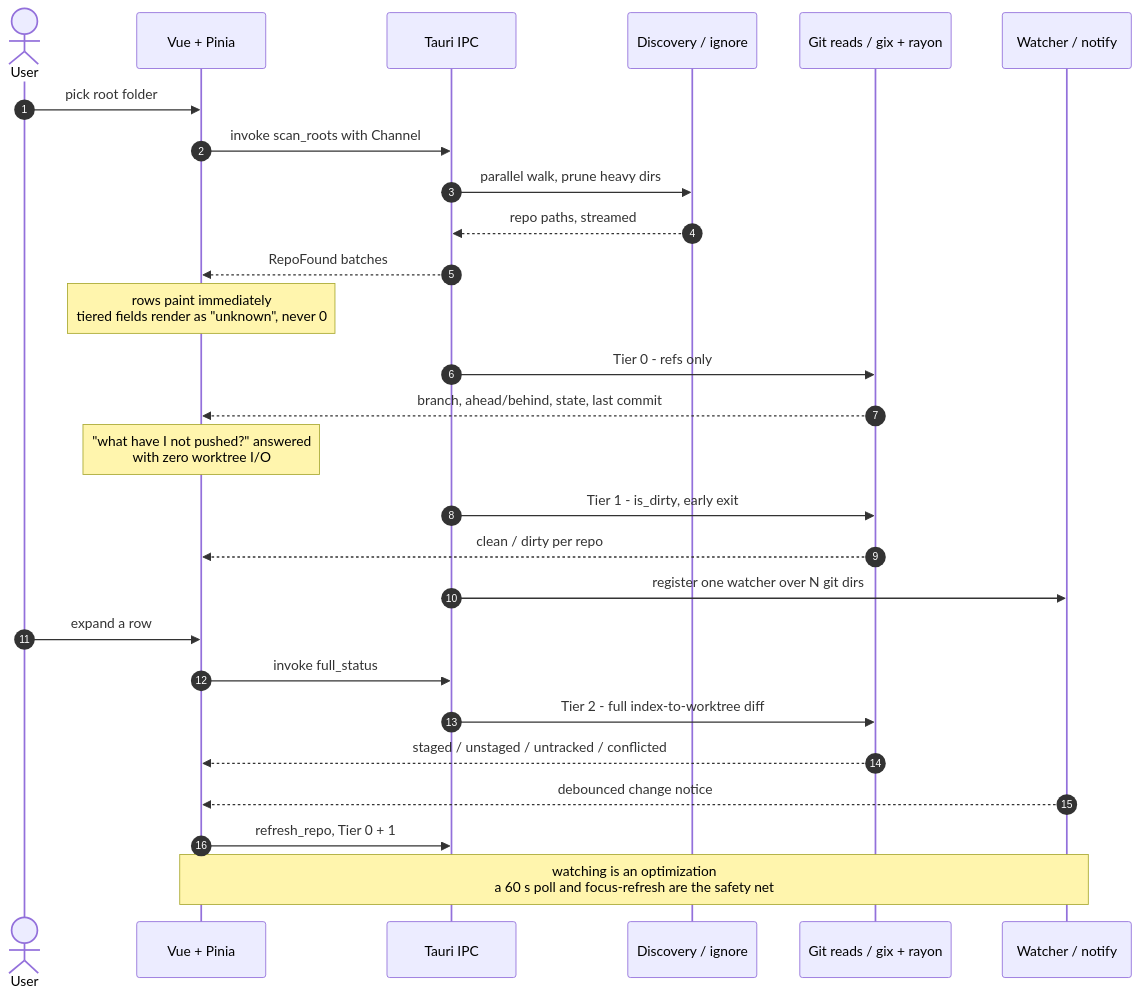
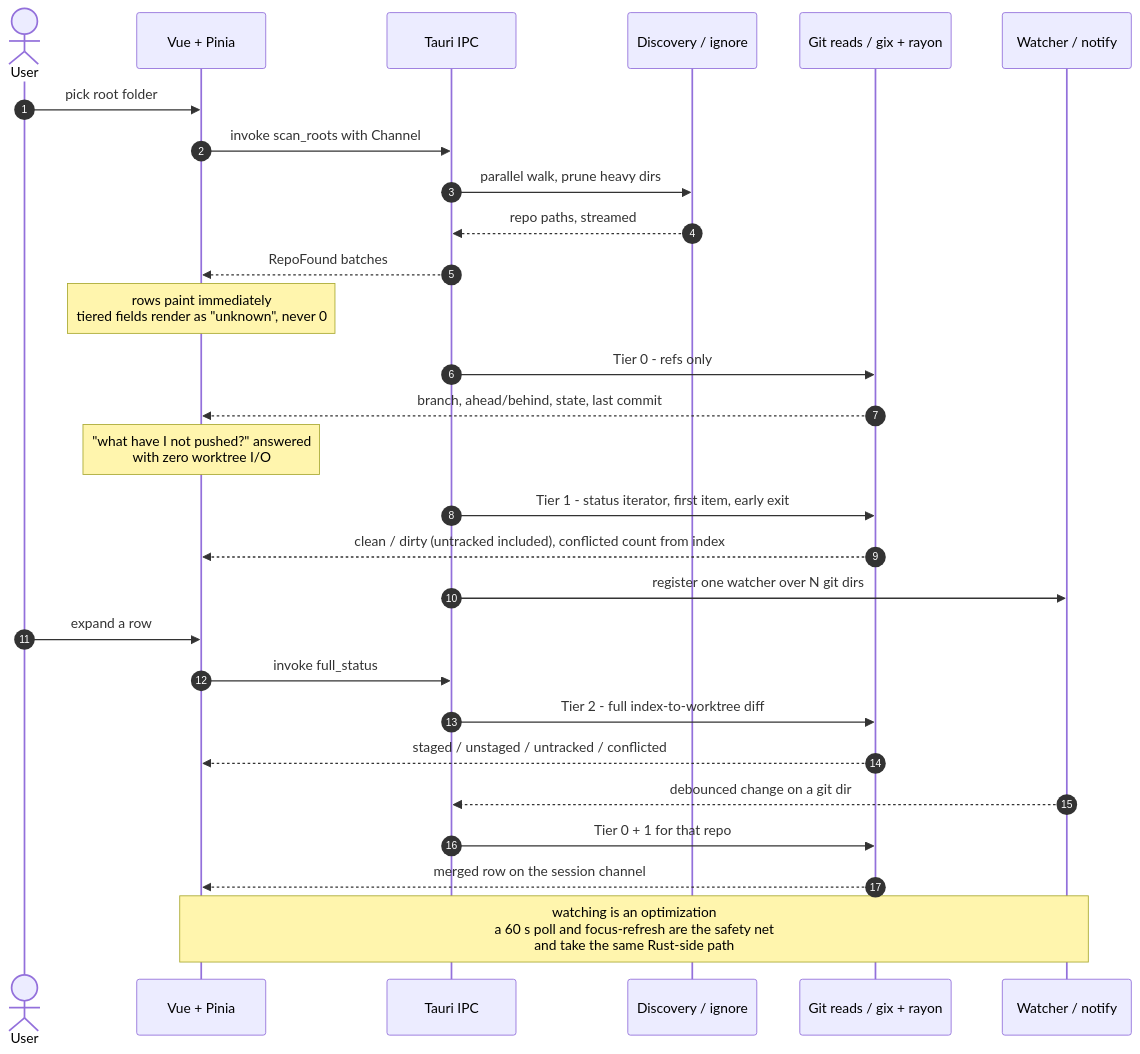
The diagram in AGENTS.md (b-meyer/repo-viewer), drawn with Mermaid before and after one commit. The commit also changed other lines of this file and 3 other files, not shown here.

````diff
--- a/AGENTS.md
+++ b/AGENTS.md
@@ -60,35 +73,36 @@
 ```mermaid
 sequenceDiagram
     autonumber
     actor U as User
     participant V as Vue + Pinia
     participant T as Tauri IPC
     participant D as Discovery / ignore
     participant G as Git reads / gix + rayon
     participant W as Watcher / notify
 
     U->>V: pick root folder
     V->>T: invoke scan_roots with Channel
     T->>D: parallel walk, prune heavy dirs
     D-->>T: repo paths, streamed
     T-->>V: RepoFound batches
     Note over V: rows paint immediately<br/>tiered fields render as "unknown", never 0
 
     T->>G: Tier 0 - refs only
     G-->>V: branch, ahead/behind, state, last commit
     Note over V: "what have I not pushed?" answered<br/>with zero worktree I/O
 
-    T->>G: Tier 1 - is_dirty, early exit
-    G-->>V: clean / dirty per repo
+    T->>G: Tier 1 - status iterator, first item, early exit
+    G-->>V: clean / dirty (untracked included), conflicted count from index
 
     T->>W: register one watcher over N git dirs
 
     U->>V: expand a row
     V->>T: invoke full_status
     T->>G: Tier 2 - full index-to-worktree diff
     G-->>V: staged / unstaged / untracked / conflicted
 
-    W-->>V: debounced change notice
-    V->>T: refresh_repo, Tier 0 + 1
-    Note over V,W: watching is an optimization<br/>a 60 s poll and focus-refresh are the safety net
+    W-->>T: debounced change on a git dir
+    T->>G: Tier 0 + 1 for that repo
+    G-->>V: merged row on the session channel
+    Note over V,W: watching is an optimization<br/>a 60 s poll and focus-refresh are the safety net<br/>and take the same Rust-side path
 ```
````
